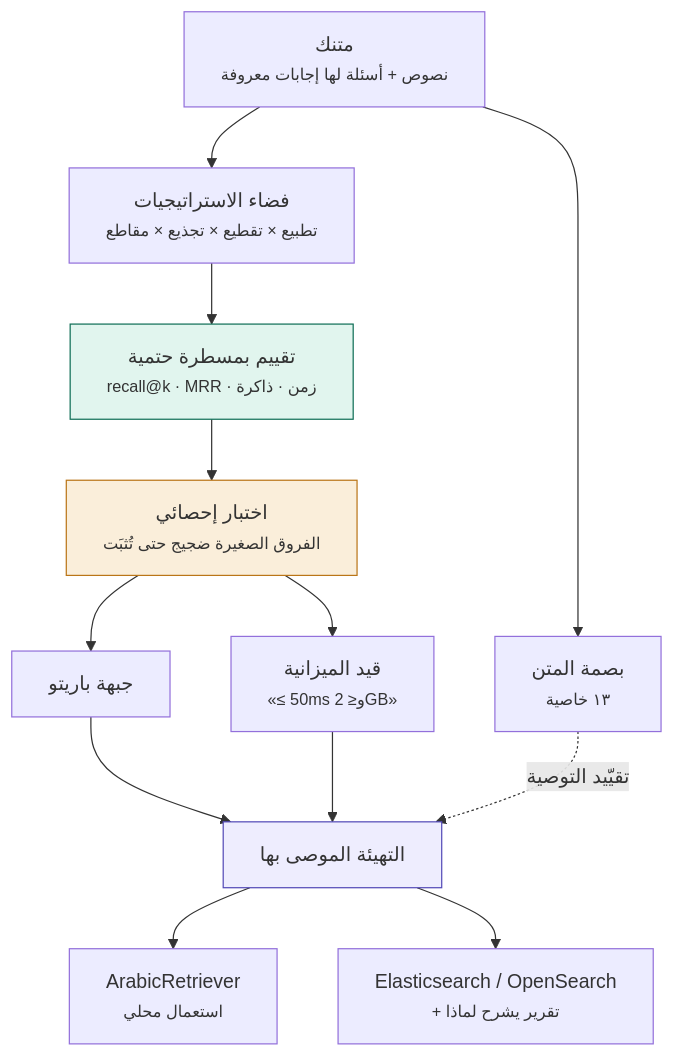
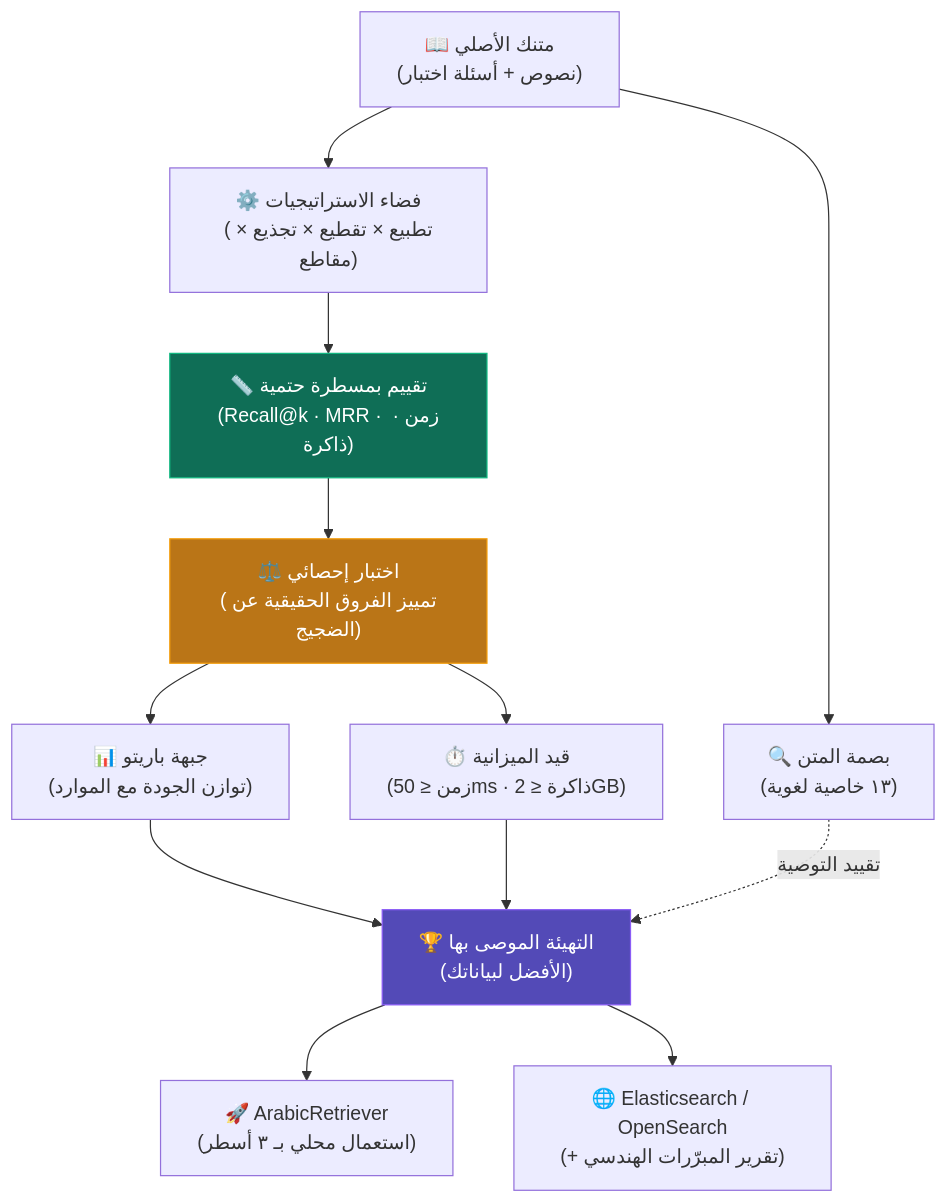
Before and after one commit to gomoodh-droid/arabic-retrieval: the diagram in README.md, drawn with Mermaid. The commit also changed other lines of this file and 1 other file, not shown here.

Commit message:
style: upgrade Mermaid diagrams to high-contrast multi-mode SVG format

````diff
--- a/README.md
+++ b/README.md
@@ -54,19 +54,23 @@
 ```mermaid
 flowchart TD
-    A["متنك<br/><small>نصوص + أسئلة لها إجابات معروفة</small>"]
-    A --> F["بصمة المتن<br/><small>١٣ خاصية</small>"]
-    A --> S["فضاء الاستراتيجيات<br/><small>تطبيع × تقطيع × تجذيع × مقاطع</small>"]
-    S --> M["تقييم بمسطرة حتمية<br/><small>recall@k · MRR · زمن · ذاكرة</small>"]
-    M --> T["اختبار إحصائي<br/><small>الفروق الصغيرة ضجيج حتى تُثبَت</small>"]
-    T --> P["جبهة باريتو"]
-    T --> B["قيد الميزانية<br/><small>«≤ 50ms و≤ 2GB»</small>"]
-    P --> W["التهيئة الموصى بها"]
+    A["📖 متنك الأصلي<br/>(نصوص + أسئلة اختبار)"]
+    A --> F["🔍 بصمة المتن<br/>(١٣ خاصية لغوية)"]
+    A --> S["⚙️ فضاء الاستراتيجيات<br/>(تطبيع × تقطيع × تجذيع × مقاطع)"]
+
+    S --> M["📏 تقييم بمسطرة حتمية<br/>(Recall@k · MRR · زمن · ذاكرة)"]
+    M --> T["⚖️ اختبار إحصائي<br/>(تمييز الفروق الحقيقية عن الضجيج)"]
+
+    T --> P["📊 جبهة باريتو<br/>(توازن الجودة مع الموارد)"]
+    T --> B["⏱️ قيد الميزانية<br/>(زمن ≤ 50ms · ذاكرة ≤ 2GB)"]
+
+    P --> W["🏆 التهيئة الموصى بها<br/>(الأفضل لبياناتك)"]
     B --> W
-    F -.->|"تقيّيد التوصية"| W
-    W --> L["ArabicRetriever<br/><small>استعمال محلي</small>"]
-    W --> E["Elasticsearch / OpenSearch<br/><small>+ تقرير يشرح لماذا</small>"]
+    F -.->|"تقييد التوصية"| W
 
-    style M fill:#E1F5EE,stroke:#0F6E56
-    style T fill:#FAEEDA,stroke:#BA7517
-    style W fill:#EEEDFE,stroke:#534AB7
+    W --> L["🚀 ArabicRetriever<br/>(استعمال محلي بـ ٣ أسطر)"]
+    W --> E["🌐 Elasticsearch / OpenSearch<br/>(+ تقرير المبرّرات الهندسي)"]
+
+    style M fill:#0F6E56,stroke:#10B981,color:#FFFFFF
+    style T fill:#BA7517,stroke:#F59E0B,color:#FFFFFF
+    style W fill:#534AB7,stroke:#8B5CF6,color:#FFFFFF
 ```
````
